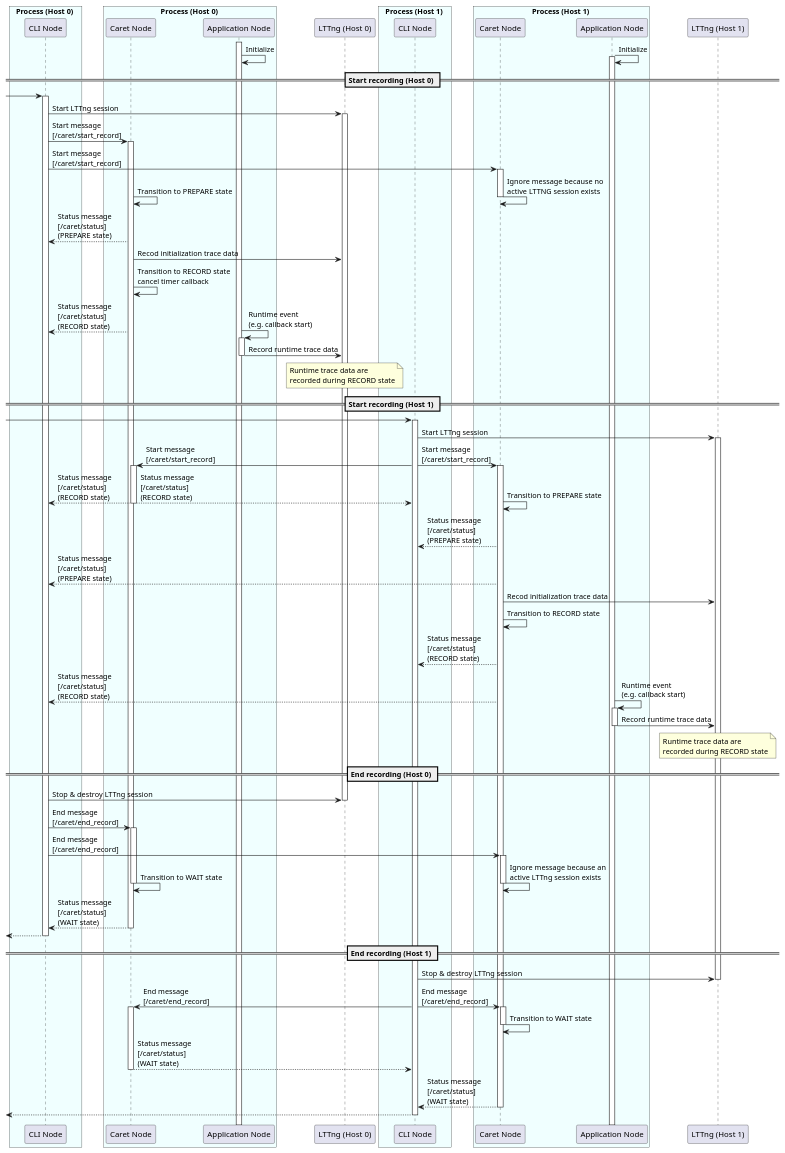
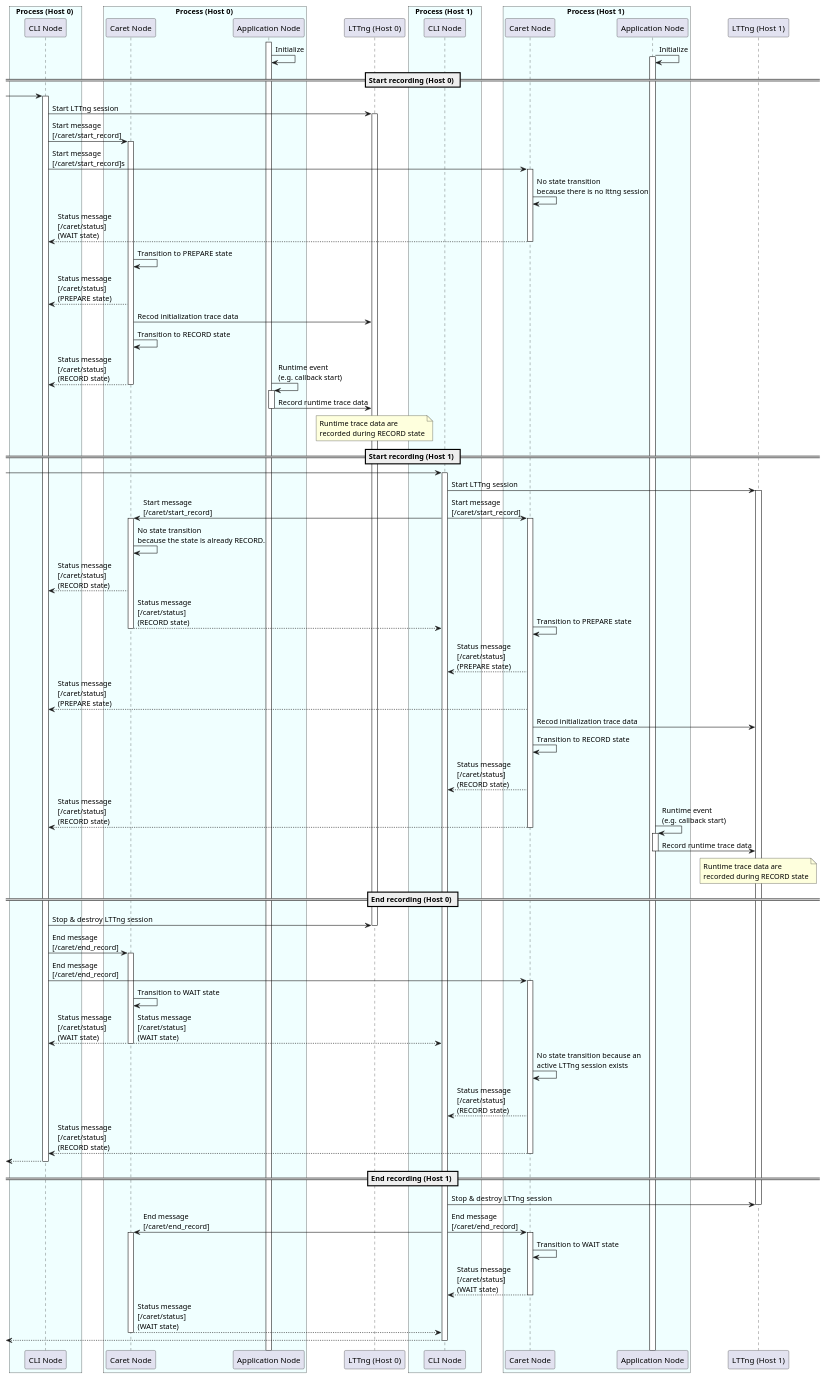
Before and after one commit to tier4/caret_doc: the seventh of 7 diagrams in docs/design/runtime_processing/runtime_recording.md, drawn with PlantUML. The commit also changed other lines of this file, not shown here.

Commit message:
update sequence_diagram

```diff
--- a/docs/design/runtime_processing/runtime_recording.md
+++ b/docs/design/runtime_processing/runtime_recording.md
@@ -524,18 +524,20 @@
 activate Lttng0
 CLI_0 -> CARET_0 : Start message \n[/caret/start_record]
 activate CARET_0
-CLI_0 -> CARET_1 : Start message \n[/caret/start_record]
+CLI_0 -> CARET_1 : Start message \n[/caret/start_record]s
 activate CARET_1
 
-CARET_1 -> CARET_1 : Ignore message because no \nactive LTTNG session exists
+CARET_1 -> CARET_1: No state transition \nbecause there is no lttng session
+CARET_1 --> CLI_0 :Status message \n[/caret/status] \n(WAIT state)
 deactivate CARET_1
 
-& CARET_0 -> CARET_0 : Transition to PREPARE state
+CARET_0 -> CARET_0 : Transition to PREPARE state
 CARET_0 --> CLI_0 : Status message \n[/caret/status] \n(PREPARE state)
 CARET_0 -> Lttng0 : Recod initialization trace data
-CARET_0 -> CARET_0 : Transition to RECORD state \ncancel timer callback
+CARET_0 -> CARET_0 : Transition to RECORD state
 
 CARET_0 --> CLI_0 : Status message \n[/caret/status] \n(RECORD state)
+deactivate CARET_0
 
 & APP_0 -> APP_0: Runtime event \n(e.g. callback start)
 activate APP_0
@@ -557,9 +559,9 @@
 activate CARET_1
 & CLI_1 -> CARET_0 : Start message \n[/caret/start_record]
 activate CARET_0
-
+CARET_0 -> CARET_0: No state transition \nbecause the state is already RECORD.
 CARET_0 --> CLI_0 : Status message \n[/caret/status] \n(RECORD state)
-& CARET_0 --> CLI_1 : Status message \n[/caret/status] \n(RECORD state)
+CARET_0 --> CLI_1 : Status message \n[/caret/status] \n(RECORD state)
 deactivate CARET_0
 
 & CARET_1 -> CARET_1 : Transition to PREPARE state
@@ -569,6 +571,7 @@
 CARET_1 -> CARET_1 : Transition to RECORD state
 CARET_1 --> CLI_1 : Status message \n[/caret/status] \n(RECORD state)
 CARET_1 --> CLI_0 : Status message \n[/caret/status] \n(RECORD state)
+deactivate CARET_1
 
 & APP_1 -> APP_1: Runtime event \n(e.g. callback start)
 activate APP_1
@@ -584,15 +587,20 @@
 CLI_0 -> Lttng0 : Stop & destroy LTTng session
 deactivate Lttng0
 CLI_0 -> CARET_0 : End message \n[/caret/end_record]
+
 activate CARET_0
 CLI_0 -> CARET_1 : End message \n[/caret/end_record]
 activate CARET_1
-CARET_1 -> CARET_1 : Ignore message because an \nactive LTTng session exists
+CARET_0 -> CARET_0 : Transition to WAIT state
+CARET_0 --> CLI_0 : Status message \n[/caret/status] \n(WAIT state)
+& CARET_0 --> CLI_1 : Status message \n[/caret/status] \n(WAIT state)
+deactivate CARET_0
+
+CARET_1 -> CARET_1 :  No state transition because an \nactive LTTng session exists
+CARET_1 --> CLI_1: Status message \n[/caret/status] \n(RECORD state)
+CARET_1 --> CLI_0: Status message \n[/caret/status] \n(RECORD state)
 deactivate CARET_1
-& CARET_0 -> CARET_0 : Transition to WAIT state
-deactivate CARET_0
-CARET_0 --> CLI_0 : Status message \n[/caret/status] \n(WAIT state)
-deactivate CARET_0
+
 <-- CLI_0
 deactivate CLI_0
 
@@ -603,12 +611,13 @@
 activate CARET_1
 & CLI_1 -> CARET_0 : End message \n[/caret/end_record]
 activate CARET_0
+
 CARET_1 -> CARET_1 : Transition to WAIT state
+CARET_1 --> CLI_1: Status message \n[/caret/status] \n(WAIT state)
 deactivate CARET_1
 CARET_0 --> CLI_1: Status message \n[/caret/status] \n(WAIT state)
 deactivate CARET_0
-CARET_1 --> CLI_1 : Status message \n[/caret/status] \n(WAIT state)
-deactivate CARET_1
+
 <-- CLI_1
 deactivate CLI_1
 @enduml
```
